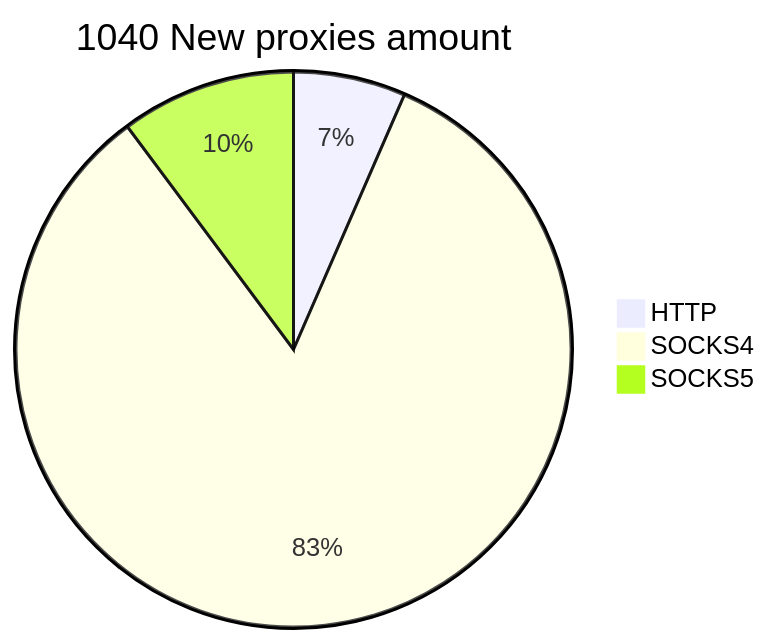
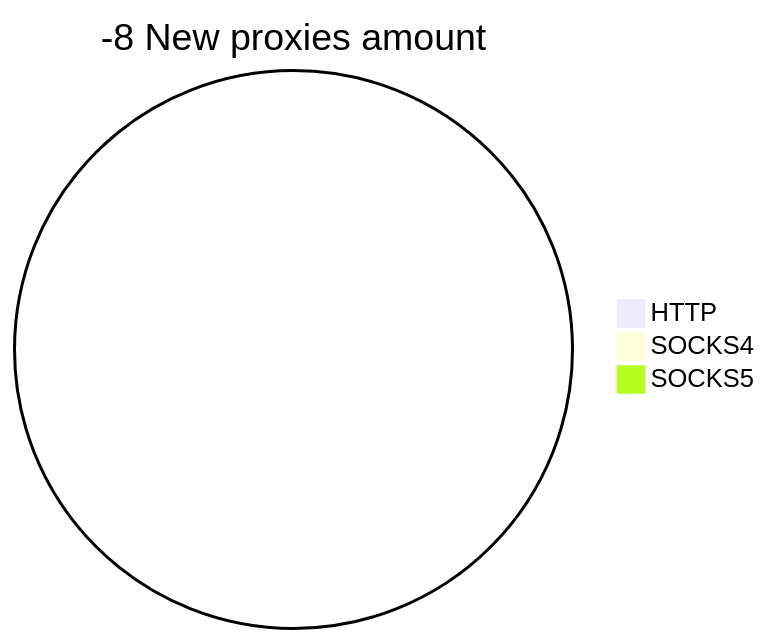
Before and after one commit to cutipu/proxylist: the second of 2 diagrams in README.md, drawn with Mermaid. The commit also changed other lines of this file, not shown here.

````diff
--- a/README.md
+++ b/README.md
@@ -10,6 +10,6 @@
 ```mermaid
-pie title 1040 New proxies amount
-    "HTTP" : 68
-    "SOCKS4" : 866
-    "SOCKS5" : 106
+pie title -8 New proxies amount
+    "HTTP" : 0
+    "SOCKS4" : 0
+    "SOCKS5" : 0
 ```
````
